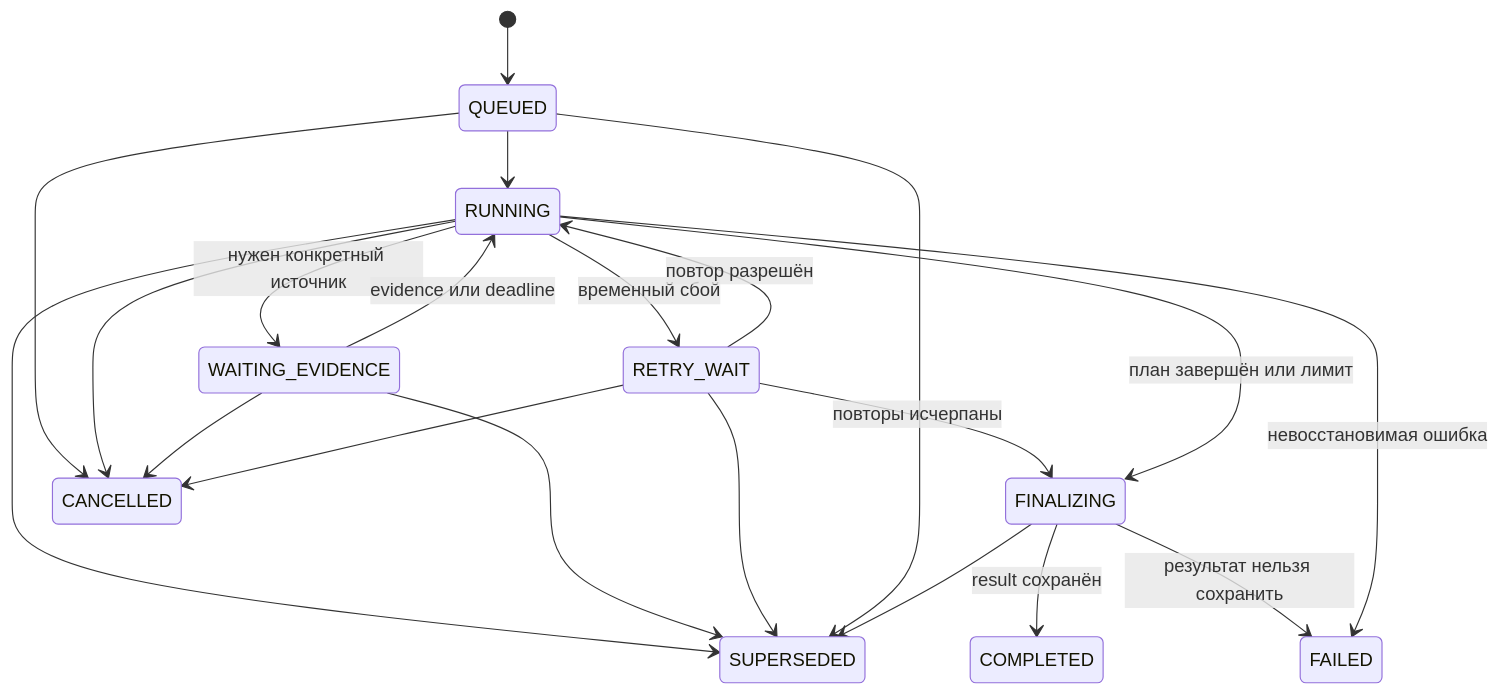
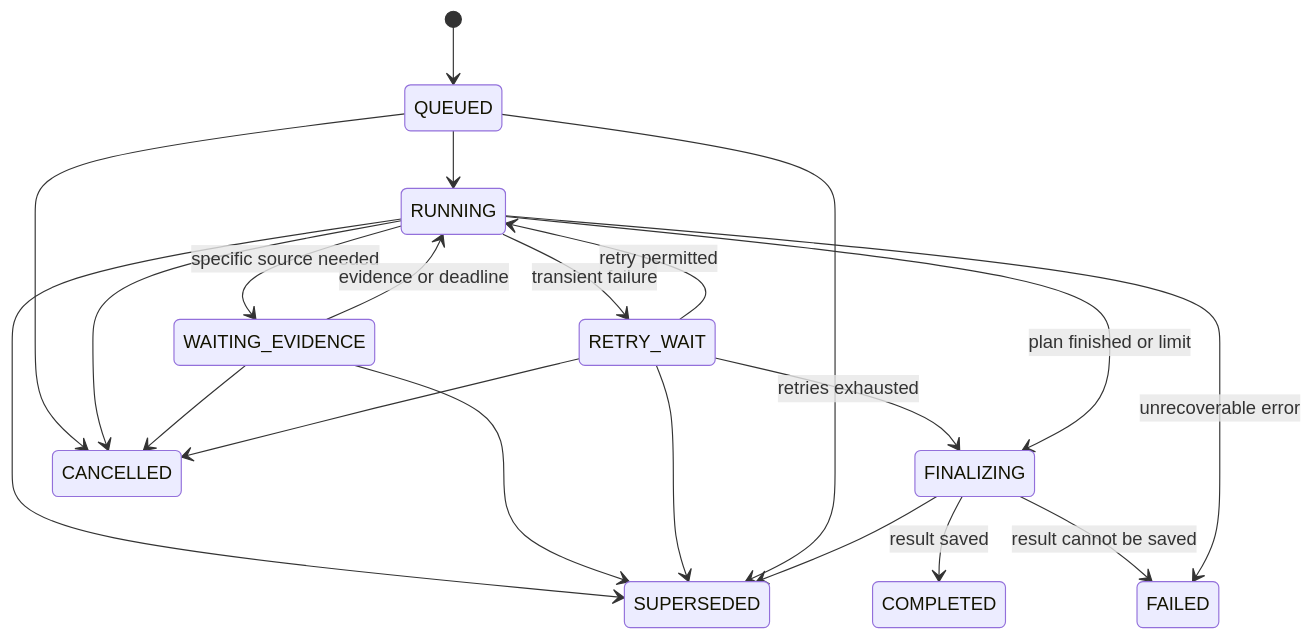
The second of 4 diagrams in docs/SYCH_SPEC.md (bondiano/sych), drawn with Mermaid before and after one commit. The commit also changed other lines of this file and 22 other files, not shown here.

````diff
--- a/docs/SYCH_SPEC.md
+++ b/docs/SYCH_SPEC.md
@@ -553,24 +553,24 @@
 ```mermaid
 stateDiagram-v2
     direction TB
     [*] --> QUEUED
     QUEUED --> RUNNING
-    RUNNING --> WAITING_EVIDENCE: нужен конкретный источник
-    WAITING_EVIDENCE --> RUNNING: evidence или deadline
-    RUNNING --> RETRY_WAIT: временный сбой
-    RETRY_WAIT --> RUNNING: повтор разрешён
-    RETRY_WAIT --> FINALIZING: повторы исчерпаны
-    RUNNING --> FINALIZING: план завершён или лимит
-    FINALIZING --> COMPLETED: result сохранён
+    RUNNING --> WAITING_EVIDENCE: specific source needed
+    WAITING_EVIDENCE --> RUNNING: evidence or deadline
+    RUNNING --> RETRY_WAIT: transient failure
+    RETRY_WAIT --> RUNNING: retry permitted
+    RETRY_WAIT --> FINALIZING: retries exhausted
+    RUNNING --> FINALIZING: plan finished or limit
+    FINALIZING --> COMPLETED: result saved
     QUEUED --> CANCELLED
     RUNNING --> CANCELLED
     WAITING_EVIDENCE --> CANCELLED
     RETRY_WAIT --> CANCELLED
     RUNNING --> SUPERSEDED
     WAITING_EVIDENCE --> SUPERSEDED
     RETRY_WAIT --> SUPERSEDED
     QUEUED --> SUPERSEDED
     FINALIZING --> SUPERSEDED
-    FINALIZING --> FAILED: результат нельзя сохранить
-    RUNNING --> FAILED: невосстановимая ошибка
+    FINALIZING --> FAILED: result cannot be saved
+    RUNNING --> FAILED: unrecoverable error
 ```
````
